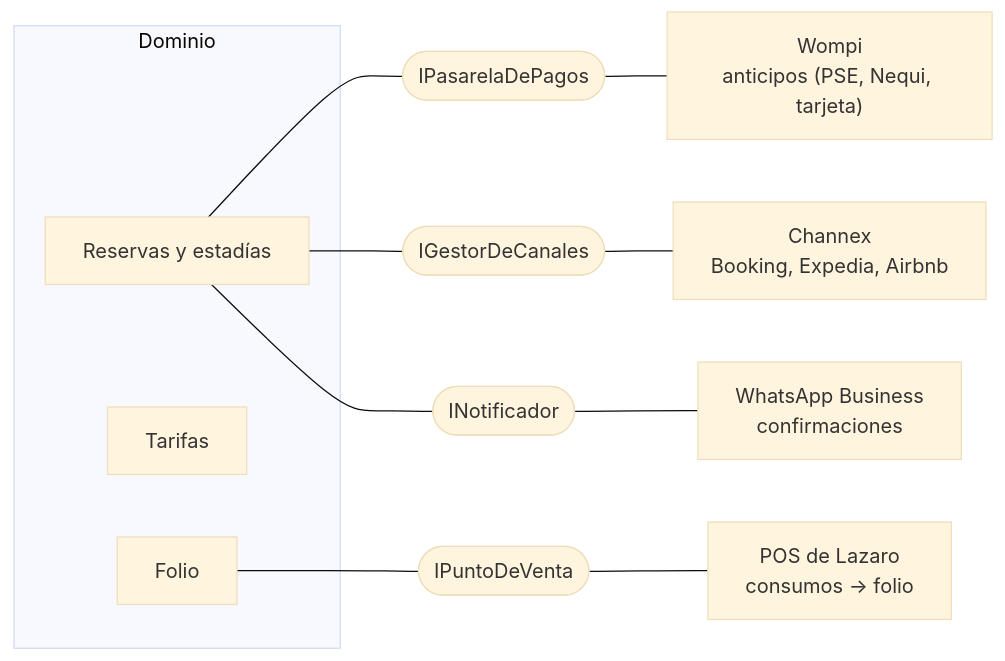
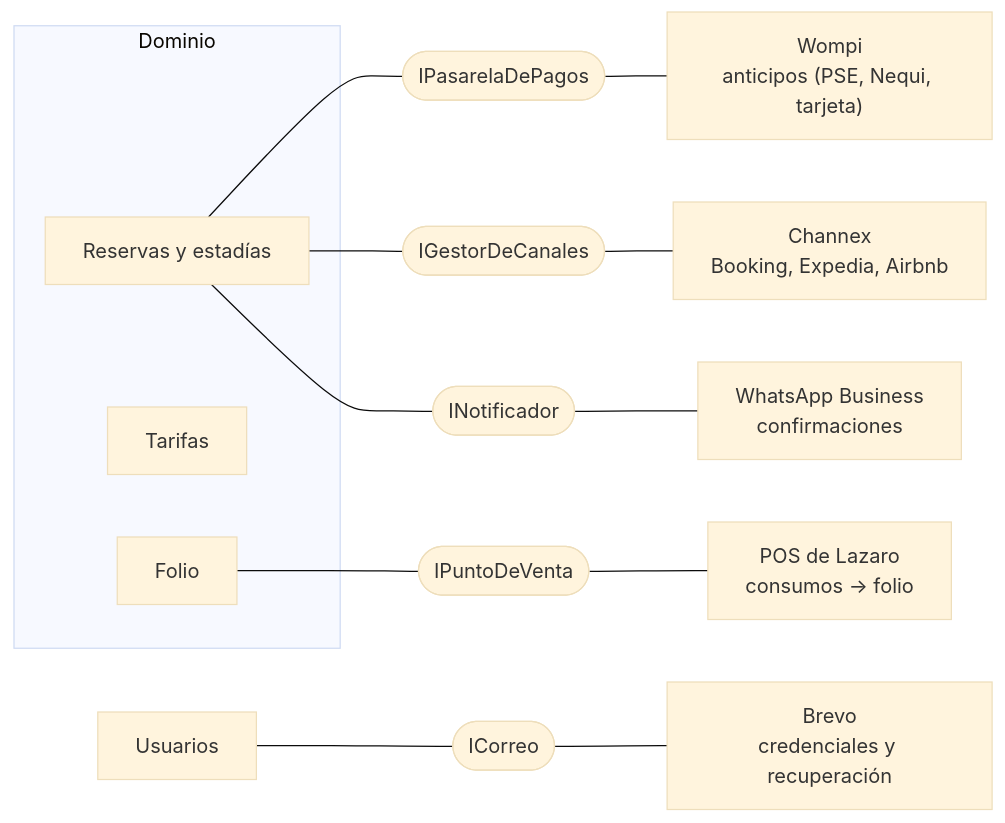
The fourth of 4 diagrams in docs/ARQUITECTURA.md (Felipe-espitia28/Mvp_Hotel_Lazzaro), drawn with Mermaid (base theme) before and after one commit. The commit also changed other lines of this file and 61 other files, not shown here.

````diff
--- a/docs/ARQUITECTURA.md
+++ b/docs/ARQUITECTURA.md
@@ -335,16 +343,18 @@
 ```mermaid
 flowchart LR
   subgraph Dominio
     R["Reservas y estadías"]
     T["Tarifas"]
     F["Folio"]
   end
   P1(["IPasarelaDePagos"]) --- W["Wompi<br/>anticipos (PSE, Nequi, tarjeta)"]
   P2(["IGestorDeCanales"]) --- CH["Channex<br/>Booking, Expedia, Airbnb"]
   P3(["INotificador"]) --- WA["WhatsApp Business<br/>confirmaciones"]
+  P5(["ICorreo"]) --- BR["Brevo<br/>credenciales y recuperación"]
   P4(["IPuntoDeVenta"]) --- POS["POS de Lazaro<br/>consumos → folio"]
   R --- P1
   R --- P2
   R --- P3
+  U["Usuarios"] --- P5
   F --- P4
 ```
````
